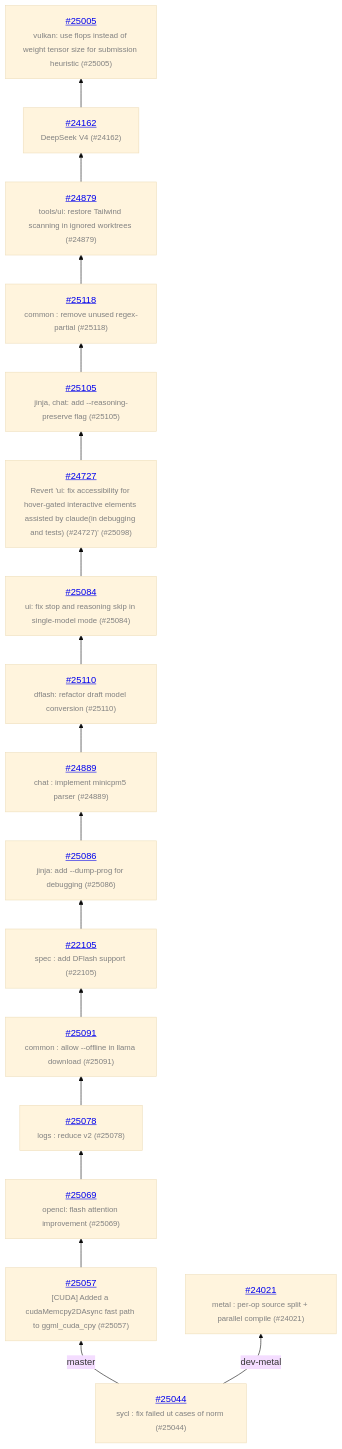
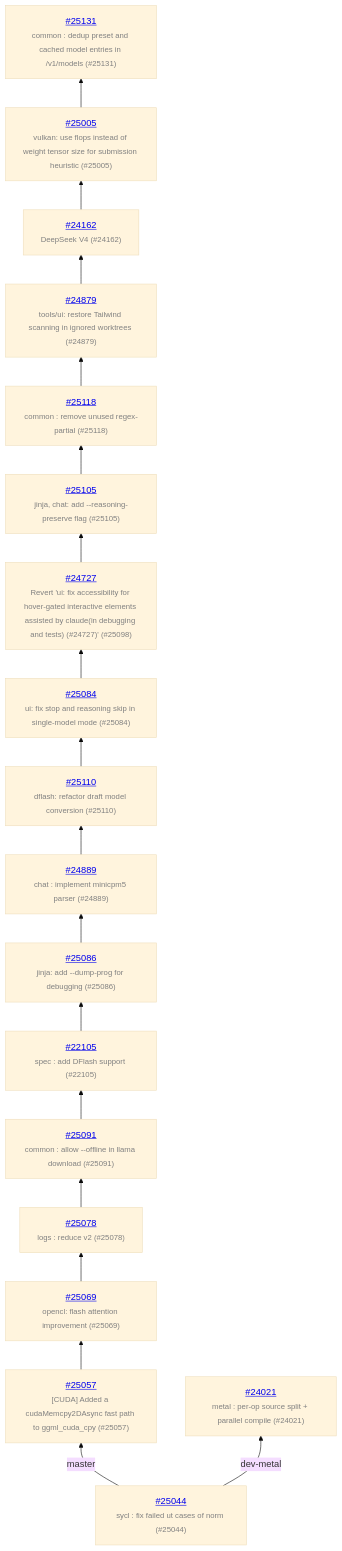
The diagram in README.md (ggml-org/llama.cpp-dev), drawn with Mermaid (base theme) before and after one commit. The commit also changed other lines of this file and 1 other file, not shown here.

Commit message:
auto: update

````diff
--- a/README.md
+++ b/README.md
@@ -13,36 +13,38 @@
 ```mermaid
 graph BT
     COMMON["<a href='https://github.com/ggml-org/llama.cpp/pull/25044'>#25044</a><br/><span style='font-size:smaller;color:gray'>sycl : fix failed ut cases of norm (#25044)</span>"]
     COMMON -->|master| C_0ed235e
     C_0ed235e["<a href='https://github.com/ggml-org/llama.cpp/pull/25057'>#25057</a><br/><span style='font-size:smaller;color:gray'>[CUDA] Added a cudaMemcpy2DAsync fast path to ggml_cuda_cpy (#25057)</span>"]
     C_0ed235e --> C_ebd048f
     C_ebd048f["<a href='https://github.com/ggml-org/llama.cpp/pull/25069'>#25069</a><br/><span style='font-size:smaller;color:gray'>opencl: flash attention improvement (#25069)</span>"]
     C_ebd048f --> C_27c8bb4
     C_27c8bb4["<a href='https://github.com/ggml-org/llama.cpp/pull/25078'>#25078</a><br/><span style='font-size:smaller;color:gray'>logs : reduce v2 (#25078)</span>"]
     C_27c8bb4 --> C_c1a1c8e
     C_c1a1c8e["<a href='https://github.com/ggml-org/llama.cpp/pull/25091'>#25091</a><br/><span style='font-size:smaller;color:gray'>common : allow --offline in llama download (#25091)</span>"]
     C_c1a1c8e --> C_d1b3425
     C_d1b3425["<a href='https://github.com/ggml-org/llama.cpp/pull/22105'>#22105</a><br/><span style='font-size:smaller;color:gray'>spec : add DFlash support (#22105)</span>"]
     C_d1b3425 --> C_f68a788
     C_f68a788["<a href='https://github.com/ggml-org/llama.cpp/pull/25086'>#25086</a><br/><span style='font-size:smaller;color:gray'>jinja: add --dump-prog for debugging (#25086)</span>"]
     C_f68a788 --> C_c818263
     C_c818263["<a href='https://github.com/ggml-org/llama.cpp/pull/24889'>#24889</a><br/><span style='font-size:smaller;color:gray'>chat : implement minicpm5 parser (#24889)</span>"]
     C_c818263 --> C_fa72bc6
     C_fa72bc6["<a href='https://github.com/ggml-org/llama.cpp/pull/25110'>#25110</a><br/><span style='font-size:smaller;color:gray'>dflash: refactor draft model conversion (#25110)</span>"]
     C_fa72bc6 --> C_7cb8576
     C_7cb8576["<a href='https://github.com/ggml-org/llama.cpp/pull/25084'>#25084</a><br/><span style='font-size:smaller;color:gray'>ui: fix stop and reasoning skip in single-model mode (#25084)</span>"]
     C_7cb8576 --> C_dbdaece
     C_dbdaece["<a href='https://github.com/ggml-org/llama.cpp/pull/24727'>#24727</a><br/><span style='font-size:smaller;color:gray'>Revert 'ui: fix accessibility for hover-gated interactive elements assisted by claude(in debugging and tests) (#24727)' (#25098)</span>"]
     C_dbdaece --> C_b3fed31
     C_b3fed31["<a href='https://github.com/ggml-org/llama.cpp/pull/25105'>#25105</a><br/><span style='font-size:smaller;color:gray'>jinja, chat: add --reasoning-preserve flag (#25105)</span>"]
     C_b3fed31 --> C_277a105
     C_277a105["<a href='https://github.com/ggml-org/llama.cpp/pull/25118'>#25118</a><br/><span style='font-size:smaller;color:gray'>common : remove unused regex-partial (#25118)</span>"]
     C_277a105 --> C_6cb18b2
     C_6cb18b2["<a href='https://github.com/ggml-org/llama.cpp/pull/24879'>#24879</a><br/><span style='font-size:smaller;color:gray'>tools/ui: restore Tailwind scanning in ignored worktrees (#24879)</span>"]
     C_6cb18b2 --> C_8c146a8
     C_8c146a8["<a href='https://github.com/ggml-org/llama.cpp/pull/24162'>#24162</a><br/><span style='font-size:smaller;color:gray'>DeepSeek V4  (#24162)</span>"]
     C_8c146a8 --> C_25a1d63
     C_25a1d63["<a href='https://github.com/ggml-org/llama.cpp/pull/25005'>#25005</a><br/><span style='font-size:smaller;color:gray'>vulkan: use flops instead of weight tensor size for submission heuristic (#25005)</span>"]
+    C_25a1d63 --> C_6f4f53f
+    C_6f4f53f["<a href='https://github.com/ggml-org/llama.cpp/pull/25131'>#25131</a><br/><span style='font-size:smaller;color:gray'>common : dedup preset and cached model entries in /v1/models (#25131)</span>"]
     COMMON -->|dev-metal| C_f7c1df6
     C_f7c1df6["<a href='https://github.com/ggml-org/llama.cpp/pull/24021'>#24021</a><br/><span style='font-size:smaller;color:gray'>metal : per-op source split + parallel compile (#24021)</span>"]
 ```
````
